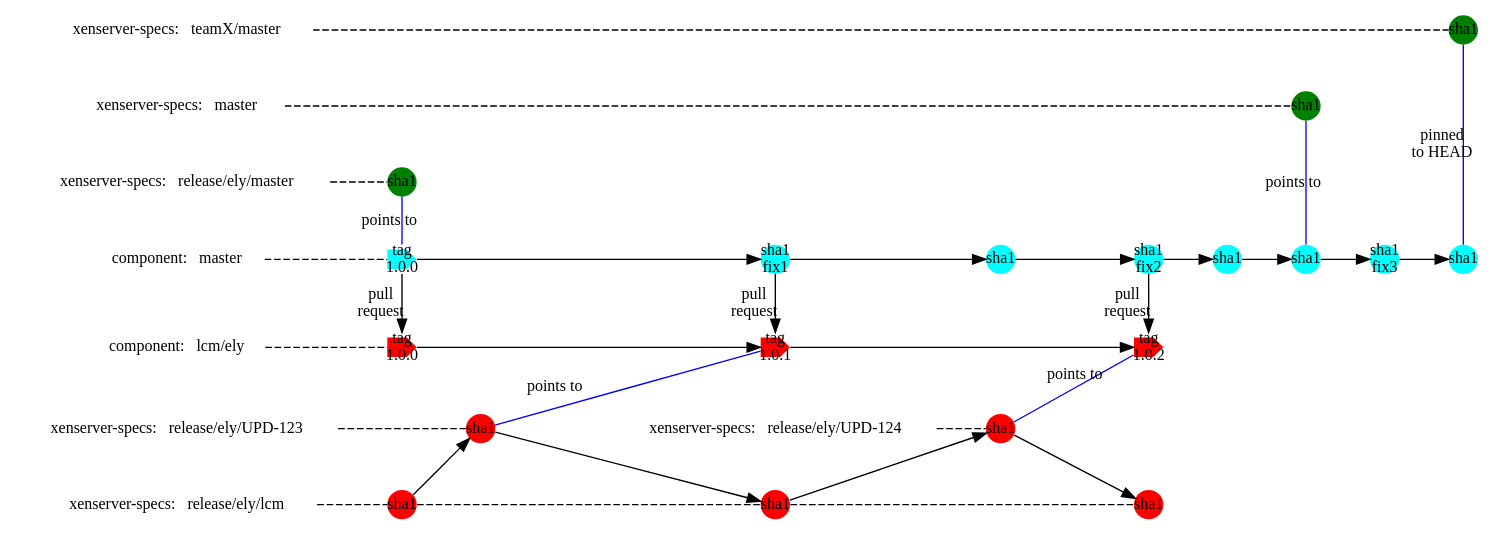
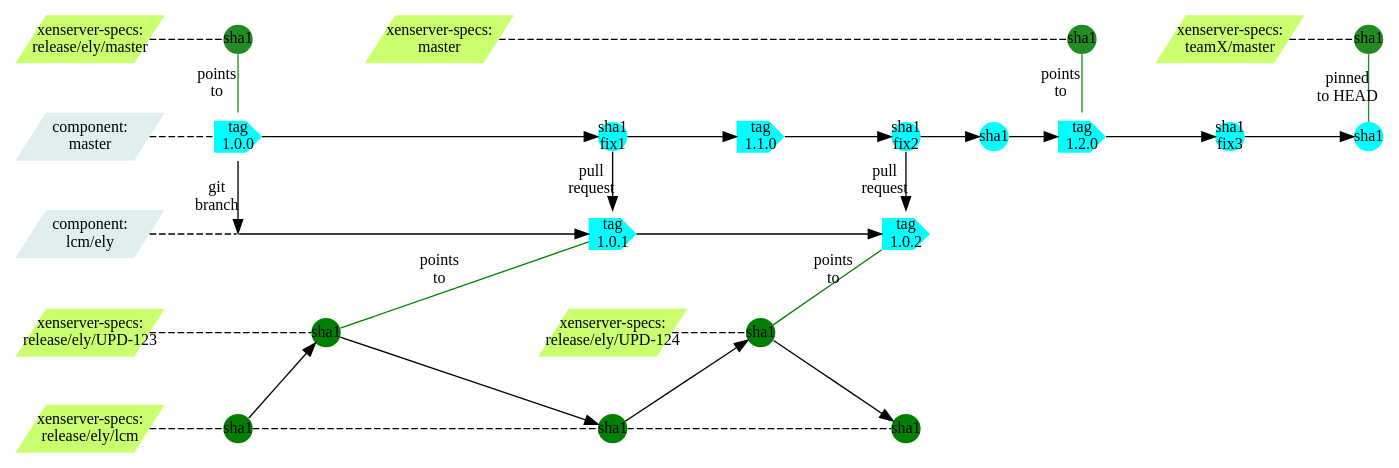
The diagram in XformerLCM1.dot (philippegabriel/XFormerBranchGraph), drawn with Graphviz before and after one commit.

Commit message:
Major changes to color scheme and layout

```diff
--- a/XformerLCM1.dot
+++ b/XformerLCM1.dot
@@ -1,89 +1,94 @@
 strict digraph g{
 rankdir="LR";
 //nodesep=0.5;
 //ranksep=0.25;
 splines=line;
 forcelabels=false;
 
 // general
 node [style=filled, color="black", fontcolor="black", font="Consolas", fontsize="12pt",fixedsize=false,penwidth=0];
 edge [style=filled, color="black", fontcolor="black", font="Consolas", fontsize="12pt"];
 
 // tags
 //node [shape=circle,width=0, height=0, margin="0.05"];
 node [width=0.3, height=0.3, fixedsize=true, shape=circle,penwidth=0]
-node [fillcolor="green"];
+node [fillcolor=forestgreen];
 xsm1 [label="sha1"];
 xstx [label="sha1"];
 xsre [label="sha1"];
 node [fillcolor="cyan"];
-cma1 [shape=cds,label="tag\n1.0.0"];
+cma1 [shape=cds,width=0.5, height=0.5,label="tag\n1.0.0"];
 //node [width=0.3, height=0.3, fixedsize=true, shape=circle,penwidth=0]
 cma2 [label="sha1\nfix1"];
-cma3 [label="sha1"];
+cma3 [shape=cds,width=0.5, height=0.5,label="tag\n1.1.0"];
 cma4 [label="sha1\nfix2"];
 cma5 [label="sha1"];
-cma6 [label="sha1"];
+cma6 [shape=cds,width=0.5, height=0.5,label="tag\n1.2.0"];
 cma7 [label="sha1\nfix3"];
 cma8 [label="sha1"];
-node [fillcolor="red"];
-clcm1 [shape=cds,label="tag\n1.0.0"];
-clcm2 [shape=cds,label="tag\n1.0.1"];
-clcm3 [shape=cds,label="tag\n1.0.2"];
+clcm1 [width=0, height=0,shape=none,label=""];
+clcm2 [shape=cds,width=0.5, height=0.5,label="tag\n1.0.1"];
+clcm3 [shape=cds,width=0.5, height=0.5,label="tag\n1.0.2"];
+node [fillcolor="green"];
 node [shape=circle];
 upd0 [label="sha1"];
 upd1 [label="sha1"];
 xlcm0 [label="sha1"];
 xlcm1 [label="sha1"];
 xlcm2 [label="sha1"];
 // branch names
-node [color="#b0b0b0", style=dashed, arrowhead=none,fixedsize=false, penwidth=0, fillcolor=none, shape=none, width=0, height=0, margin="0.05"];
-XenserverSpecsTeamX[label="xenserver-specs:   teamX/master"];
-XenserverSpecsRelEly[label="xenserver-specs:   release/ely/master"];
-XenserverSpecsMaster[label="xenserver-specs:   master"];
-ComponentMaster[label="component:   master"];
-ComponentLCM[label="component:   lcm/ely"];
-XSSpecsUPD1[label="xenserver-specs:   release/ely/UPD-123"];
-XSSpecsUPD2[label="xenserver-specs:   release/ely/UPD-124"];
-XSSpecsLCM[label="xenserver-specs:   release/ely/lcm"];
+node [width=1.5, height=0.5,shape=parallelogram,penwidth=0]
+//node [color="#b0b0b0", style=dashed, arrowhead=none,fixedsize=false, penwidth=0, fillcolor=none, shape=none, width=0, height=0, margin="0.05"];
+XenserverSpecsTeamX[label="xenserver-specs:\nteamX/master",fillcolor="darkolivegreen1"];
+XenserverSpecsRelEly[label="xenserver-specs:\nrelease/ely/master",fillcolor="darkolivegreen1"];
+XenserverSpecsMaster[label="xenserver-specs:\nmaster",fillcolor="darkolivegreen1"];
+ComponentMaster[label="component:\nmaster",fillcolor="azure2"];
+ComponentLCM[label="component:\nlcm/ely",fillcolor="azure2"];
+XSSpecsUPD1[label="xenserver-specs:\nrelease/ely/UPD-123",fillcolor="darkolivegreen1"];
+XSSpecsUPD2[label="xenserver-specs:\nrelease/ely/UPD-124",fillcolor="darkolivegreen1"];
+XSSpecsLCM[label="xenserver-specs:\nrelease/ely/lcm",fillcolor="darkolivegreen1"];
 
 //graph
 subgraph{
 node [color="#b0b0b0", style=dashed, arrowhead=none];
 edge [style="invis"];
 rank=same;
-XenserverSpecsTeamX -> XenserverSpecsMaster -> XenserverSpecsRelEly -> ComponentMaster -> ComponentLCM -> XSSpecsUPD1  -> XSSpecsLCM;
+XenserverSpecsRelEly -> ComponentMaster -> ComponentLCM -> XSSpecsUPD1  -> XSSpecsLCM;
 }
 //edge [color="#b0b0b0", style=dashed, arrowhead=none ];
 edge [style=dashed, arrowhead=none ,weight=100];
 XenserverSpecsRelEly -> xsre;
+xsre -> XenserverSpecsMaster [style="invis"];
 XenserverSpecsMaster -> xsm1;
+xsm1 -> XenserverSpecsTeamX [style="invis"];
 XenserverSpecsTeamX -> xstx;
 ComponentMaster -> cma1;
 ComponentLCM -> clcm1;
 XSSpecsUPD1 -> upd0;
 upd0 -> XSSpecsUPD2 [style="invis"];
 XSSpecsUPD2 -> upd1;
 XSSpecsLCM -> xlcm0 -> xlcm1 -> xlcm2;
 edge [style=filled, arrowhead=normal];
 cma1 -> cma2 -> cma3 -> cma4 -> cma5 -> cma6 -> cma7 -> cma8;
 clcm1 -> clcm2 -> clcm3;
 //Xenserver specs - master, release pointers
-edge [style=filled, arrowhead=none , weight=1;label="points to",color=blue];
+edge [style=filled, arrowhead=none , weight=1;label="points\nto",color=forestgreen];
 subgraph{rank=same;xsre -> cma1;}
 subgraph{rank=same;xsm1 -> cma6;}
 subgraph{rank=same;xstx -> cma8 [label="pinned\nto HEAD"];}
 
 //Pull requests
-edge [style=filled, arrowhead=normal , label="pull\nrequest",color=black];
+edge [style=filled, arrowhead=normal,color=black];
+edge [label="git\nbranch"];
 subgraph{rank=same;cma1 -> clcm1;}
+edge [label="pull\nrequest"];
 subgraph{rank=same;cma2 -> clcm2;}
 subgraph{rank=same;cma4 -> clcm3;}
 edge [label=""];
 xlcm0 -> upd0;
 upd0 -> xlcm1;
-upd0 -> clcm2 [arrowhead=none ,label="points to",color=blue];
+upd0 -> clcm2 [arrowhead=none ,label="points\nto",color=green];
 xlcm1 -> upd1;
 upd1 -> xlcm2;
-upd1 -> clcm3 [arrowhead=none ,label="points to",color=blue];
+upd1 -> clcm3 [arrowhead=none ,label="points\nto",color=green];
 }
```
